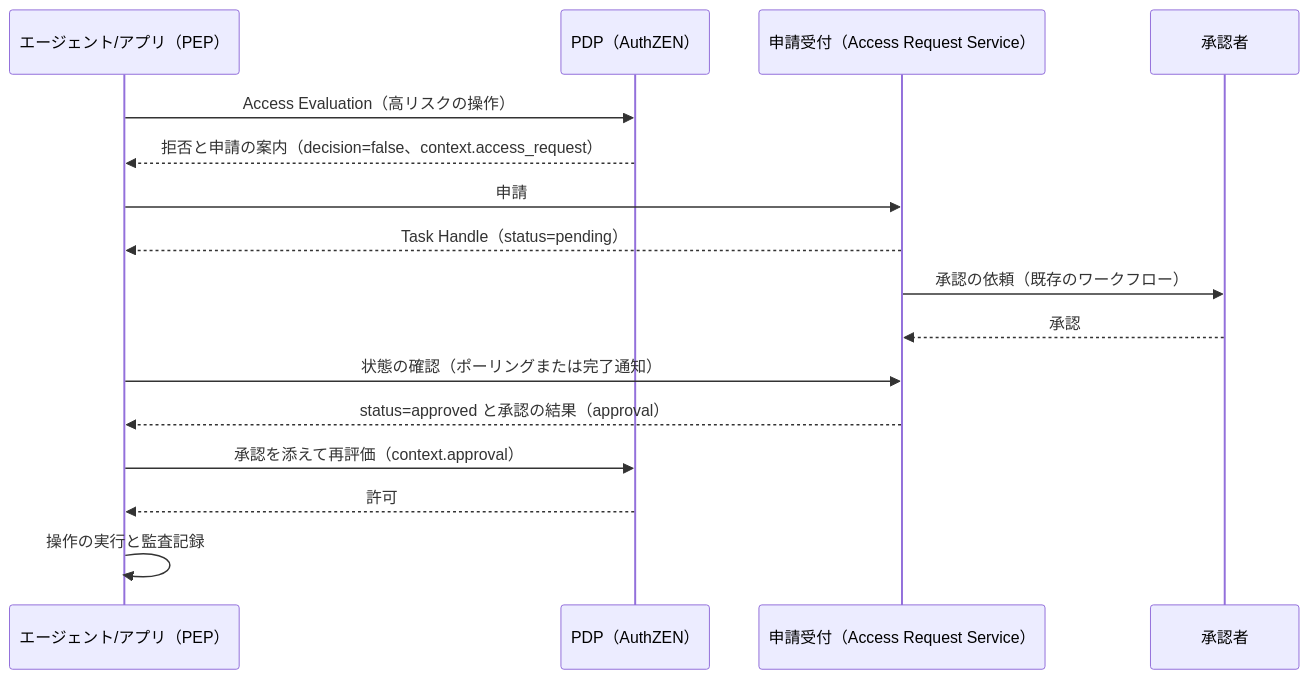
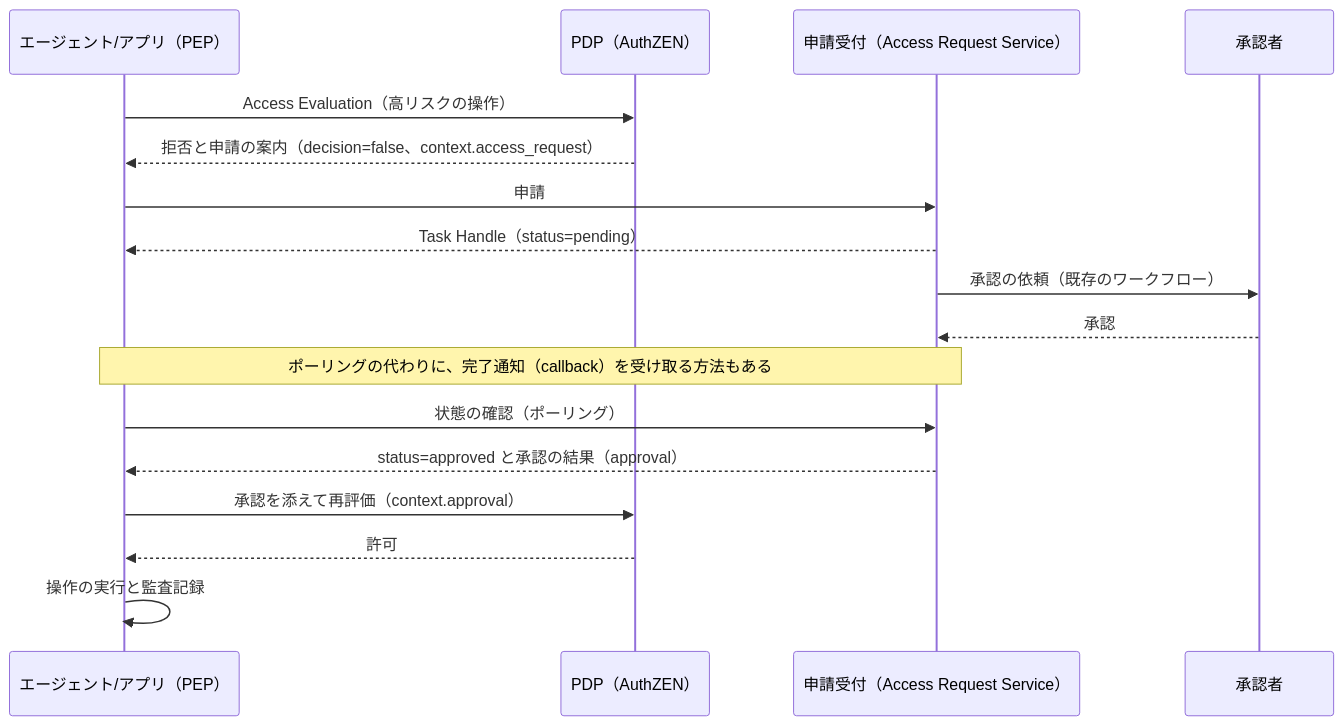
One commit to bmf-san/bmf-tech changed the fifth of 6 diagrams in content/ja/posts/authorization-platform-architecture-decisions.md. Above: the diagram before and after it, drawn with Mermaid. The commit also changed other lines of this file and 1 other file, not shown here.

Commit message:
fix: 認可基盤のアーキテクチャの記事の OPA の役割と AARP の完了通知の向きを直す
- コンテナ表で OPA を PEP の実装のように書いていたので、PEP が問い合わせる PDP をサイドカーで動かせる、と書き直した
- AARP の図で、PEP から申請受付への矢印に完了通知を含めていたので、矢印はポーリングだけにし、完了通知（callback）は注記にした（AARP Draft 1 §1.1、§7.4）

````diff
--- a/content/ja/posts/authorization-platform-architecture-decisions.md
+++ b/content/ja/posts/authorization-platform-architecture-decisions.md
@@ -271,18 +271,19 @@
 ```mermaid
 sequenceDiagram
     participant AG as エージェント/アプリ（PEP）
     participant PDP as PDP（AuthZEN）
     participant AR as 申請受付（Access Request Service）
     participant M as 承認者
     AG->>PDP: Access Evaluation（高リスクの操作）
     PDP-->>AG: 拒否と申請の案内（decision=false、context.access_request）
     AG->>AR: 申請
     AR-->>AG: Task Handle（status=pending）
     AR->>M: 承認の依頼（既存のワークフロー）
     M-->>AR: 承認
-    AG->>AR: 状態の確認（ポーリングまたは完了通知）
+    Note over AG,AR: ポーリングの代わりに、完了通知（callback）を受け取る方法もある
+    AG->>AR: 状態の確認（ポーリング）
     AR-->>AG: status=approved と承認の結果（approval）
     AG->>PDP: 承認を添えて再評価（context.approval）
     PDP-->>AG: 許可
     AG->>AG: 操作の実行と監査記録
 ```
````
